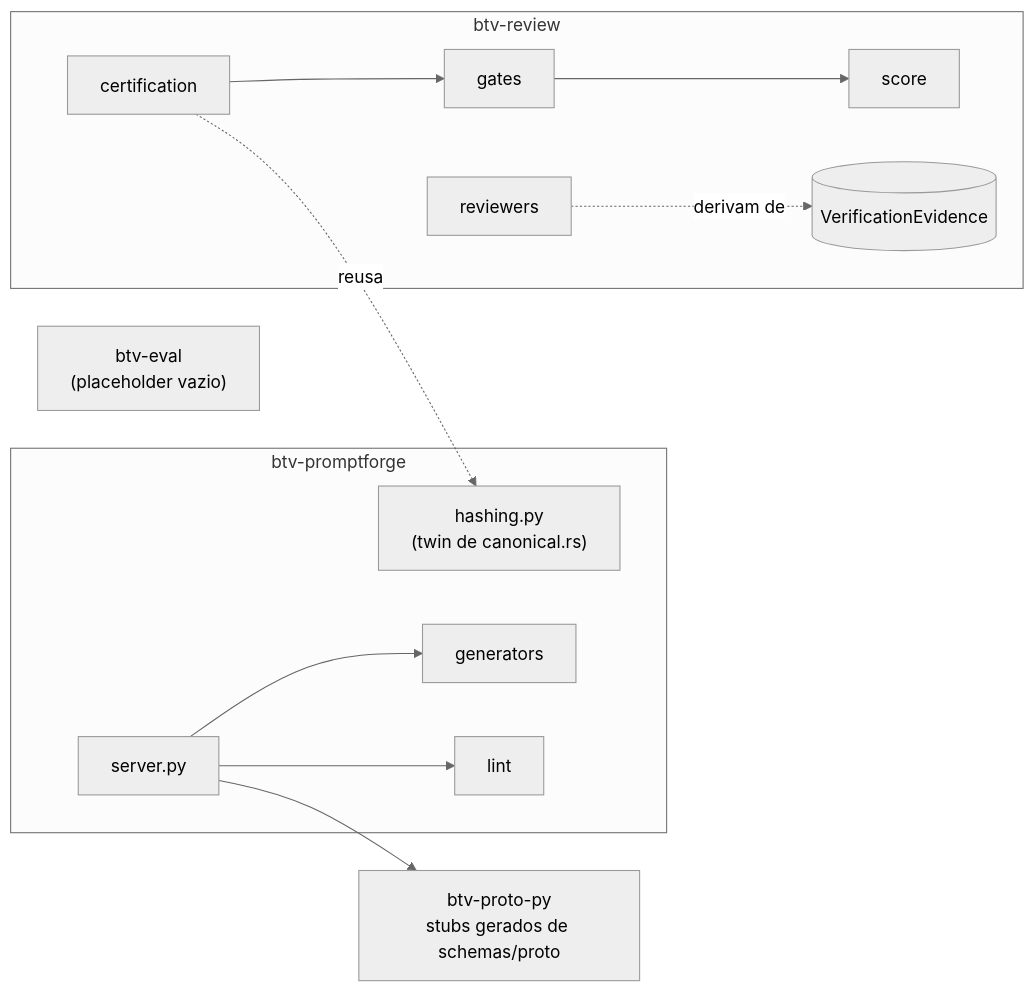
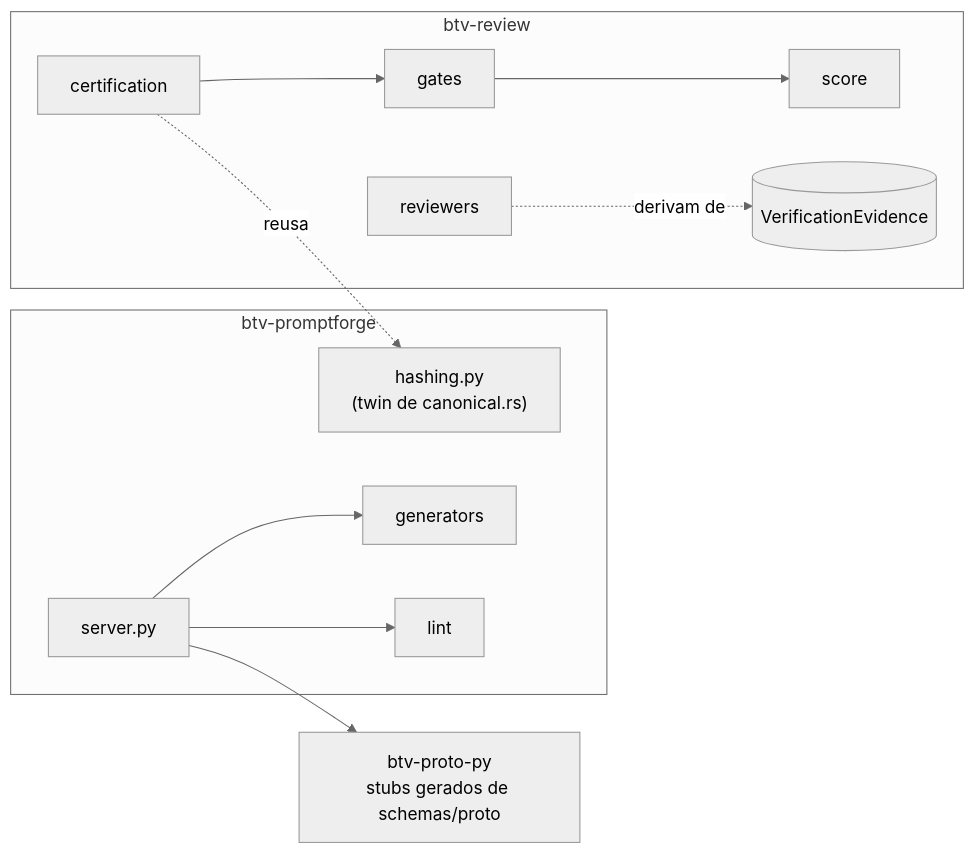
One commit to danzeroum/btv changed the second of 4 diagrams in docs/documentacao/diagramas/14-modulos-python-e-frontend.md. Above: the diagram before and after it, drawn with Mermaid (neutral theme). The commit also changed other lines of this file and 13 other files, not shown here.

First line of the commit message:
refactor(python): remove o placeholder vazio btv-eval (Onda 5, B4)

````diff
--- a/docs/documentacao/diagramas/14-modulos-python-e-frontend.md
+++ b/docs/documentacao/diagramas/14-modulos-python-e-frontend.md
@@ -54,16 +54,15 @@
 ```mermaid
 flowchart LR
     subgraph promptforge["btv-promptforge"]
         pf_server["server.py"] --> generators & lint
         hashing["hashing.py\n(twin de canonical.rs)"]
     end
     subgraph review["btv-review"]
         gates --> score
         certification --> gates
         certification -.->|reusa| hashing
         reviewers -.->|derivam de| evidence[(VerificationEvidence)]
     end
     protopy["btv-proto-py\nstubs gerados de schemas/proto"]
-    eval["btv-eval\n(placeholder vazio)"]
     pf_server --> protopy
 ```
````
